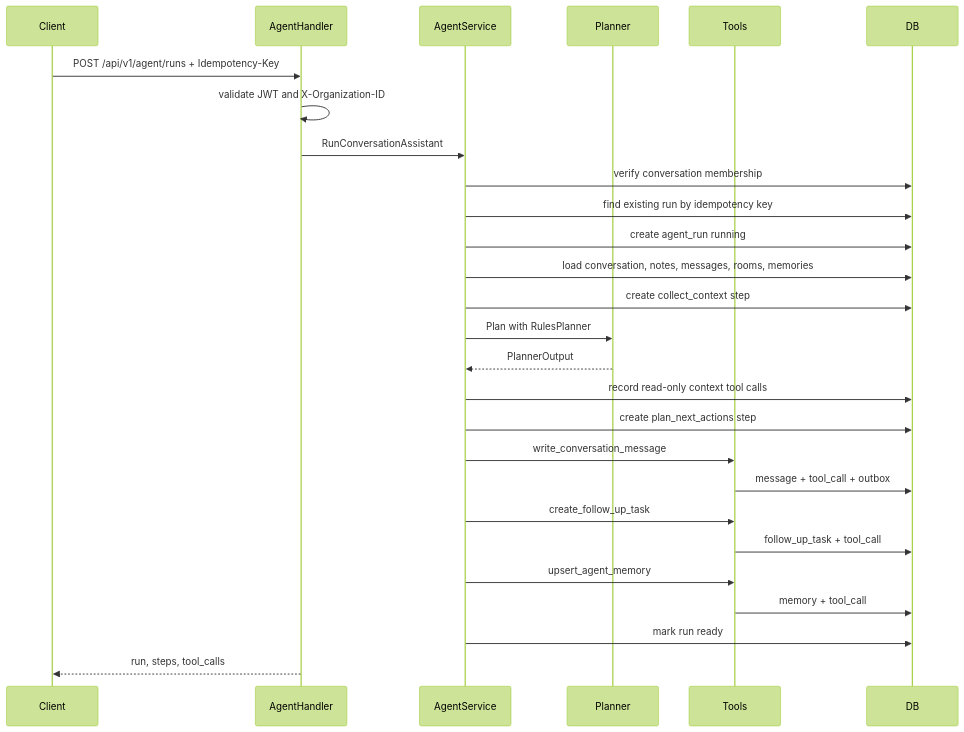
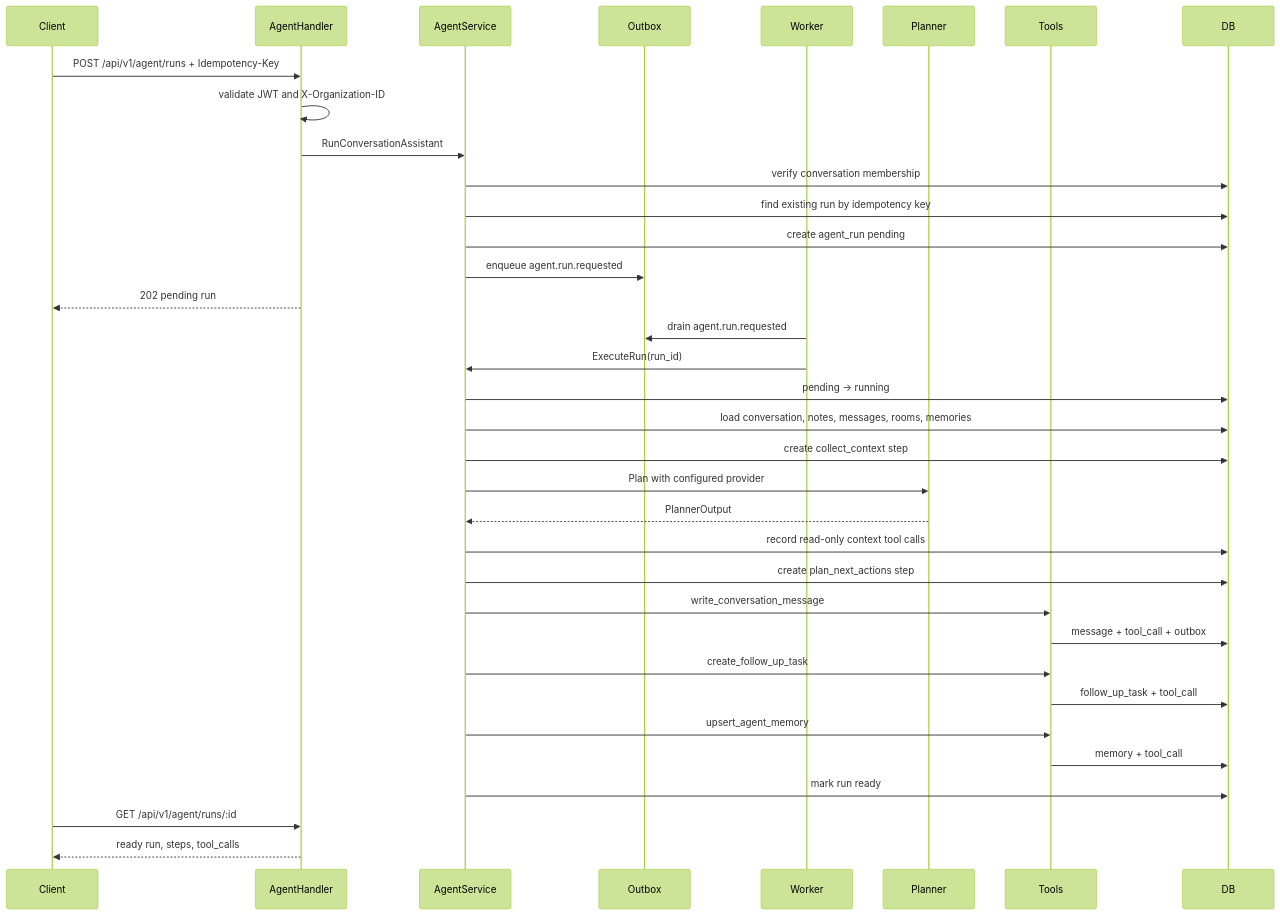
One commit to XianingY/AllCallAll changed the diagram in docs/interview/ai-agent-design.md. Above: the diagram before and after it, drawn with Mermaid (forest theme). The commit also changed other lines of this file and 21 other files, not shown here.

Commit message:
Add async agent run queue

````diff
--- a/docs/interview/ai-agent-design.md
+++ b/docs/interview/ai-agent-design.md
@@ -51,30 +52,38 @@
 ```mermaid
 sequenceDiagram
     participant Client
     participant Handler as AgentHandler
     participant Service as AgentService
+    participant Outbox
+    participant Worker
     participant Planner
     participant Tools
     participant DB
 
     Client->>Handler: POST /api/v1/agent/runs + Idempotency-Key
     Handler->>Handler: validate JWT and X-Organization-ID
     Handler->>Service: RunConversationAssistant
     Service->>DB: verify conversation membership
     Service->>DB: find existing run by idempotency key
-    Service->>DB: create agent_run running
+    Service->>DB: create agent_run pending
+    Service->>Outbox: enqueue agent.run.requested
+    Handler-->>Client: 202 pending run
+    Worker->>Outbox: drain agent.run.requested
+    Worker->>Service: ExecuteRun(run_id)
+    Service->>DB: pending -> running
     Service->>DB: load conversation, notes, messages, rooms, memories
     Service->>DB: create collect_context step
-    Service->>Planner: Plan with RulesPlanner
+    Service->>Planner: Plan with configured provider
     Planner-->>Service: PlannerOutput
     Service->>DB: record read-only context tool calls
     Service->>DB: create plan_next_actions step
     Service->>Tools: write_conversation_message
     Tools->>DB: message + tool_call + outbox
     Service->>Tools: create_follow_up_task
     Tools->>DB: follow_up_task + tool_call
     Service->>Tools: upsert_agent_memory
     Tools->>DB: memory + tool_call
     Service->>DB: mark run ready
-    Handler-->>Client: run, steps, tool_calls
+    Client->>Handler: GET /api/v1/agent/runs/:id
+    Handler-->>Client: ready run, steps, tool_calls
 ```
````
